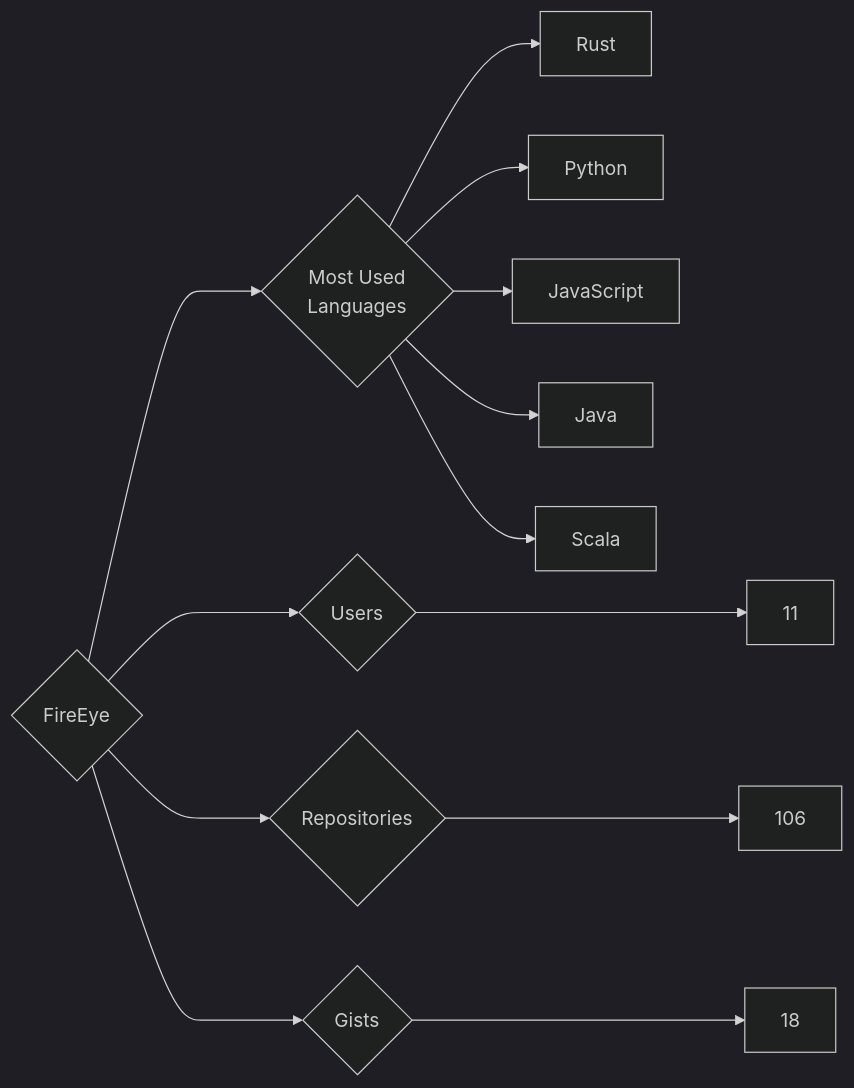
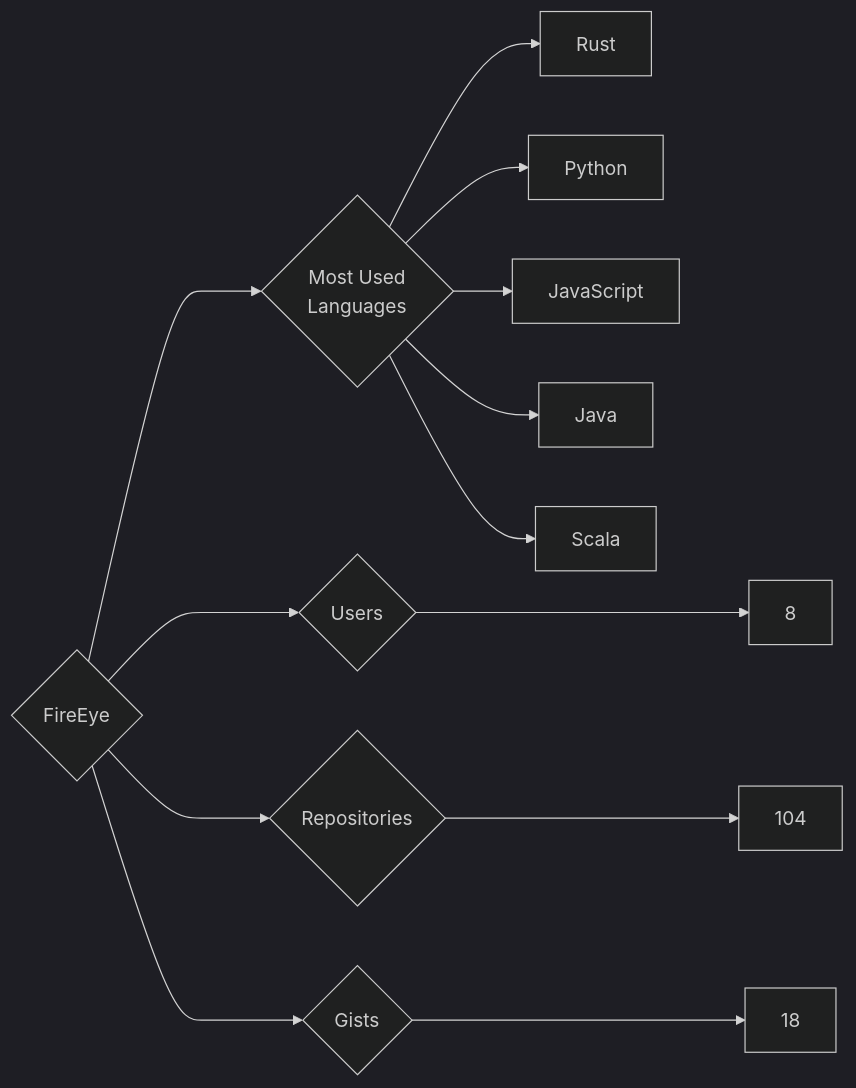
The diagram in targets/FireEye/README.md (trickest/insiders), drawn with Mermaid (dark theme) before and after one commit. The commit also changed 1020 other files, not shown here.

````diff
--- a/targets/FireEye/README.md
+++ b/targets/FireEye/README.md
@@ -3,13 +3,13 @@
 ```mermaid
 graph LR
 COMPANY_NAME{FireEye}
-COMPANY_NAME ---> U{Users} ---> UN[11]
-COMPANY_NAME ---> R{Repositories} ---> RN[106]
+COMPANY_NAME ---> U{Users} ---> UN[8]
+COMPANY_NAME ---> R{Repositories} ---> RN[104]
 COMPANY_NAME ---> G{Gists} ---> GN[18]
 COMPANY_NAME ---> ML{Most Used<br>Languages}
 ML --> Rust[Rust]
 ML --> Python[Python]
 ML --> JavaScript[JavaScript]
 ML --> Java[Java]
 ML --> Scala[Scala]
 ```
````
